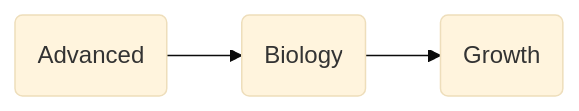
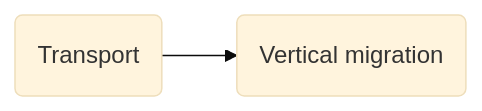
The third of 7 diagrams in ichthyop-training.qmd (ichthyop/ichthyop-practical-session), drawn with Mermaid (base theme) before and after one commit. The commit also changed other lines of this file and 3 other files, not shown here.

````diff
--- a/ichthyop-training.qmd
+++ b/ichthyop-training.qmd
@@ -205,8 +186,6 @@
 ```{mermaid}
 flowchart LR
-id1(Advanced)
-id2(Biology)
-id3(Growth)
-id1 --> id2
+id2(Transport)
+id3(Vertical migration)
 id2 --> id3
 ```
````
